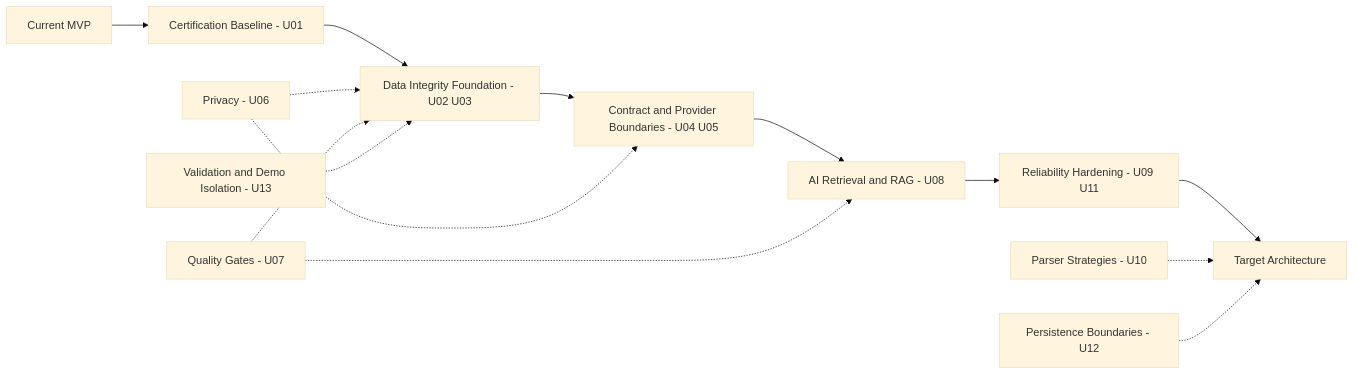
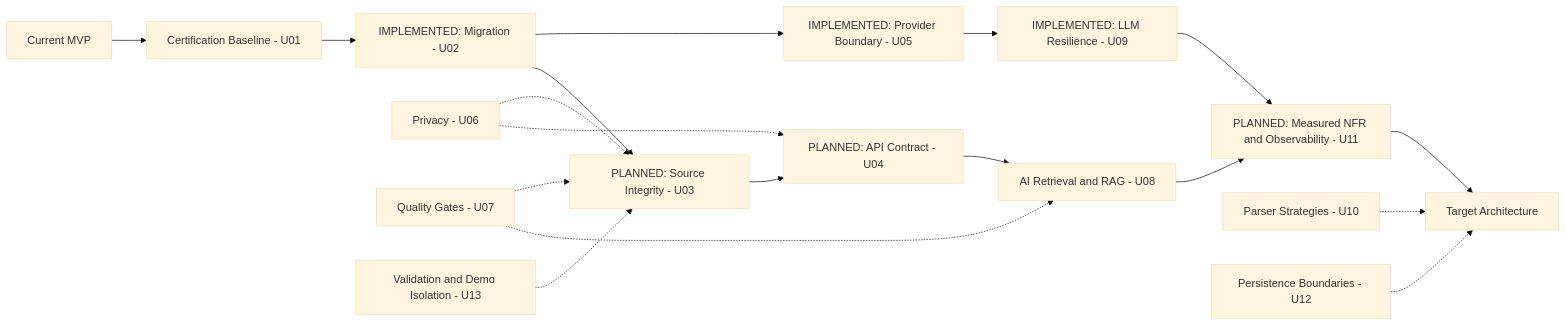
Before and after one commit to morshchagin-ivan/vk_social_radar: the diagram in docs/certification/ARCHITECTURE_EVOLUTION.md, drawn with Mermaid (base theme). The commit also changed other lines of this file and 18 other files, not shown here.

Commit message:
feat(ai): add bounded LLM resilience

````diff
--- a/docs/certification/ARCHITECTURE_EVOLUTION.md
+++ b/docs/certification/ARCHITECTURE_EVOLUTION.md
@@ -5,16 +5,20 @@
 ```mermaid
 flowchart LR
   MVP["Current MVP"] --> Baseline["Certification Baseline - U01"]
-  Baseline --> Data["Data Integrity Foundation - U02 U03"]
-  Data --> Boundaries["Contract and Provider Boundaries - U04 U05"]
+  Baseline --> Migration["IMPLEMENTED: Migration - U02"]
+  Migration --> Provider["IMPLEMENTED: Provider Boundary - U05"]
+  Provider --> Resilience["IMPLEMENTED: LLM Resilience - U09"]
+  Migration --> Data["PLANNED: Source Integrity - U03"]
+  Data --> Boundaries["PLANNED: API Contract - U04"]
   Boundaries --> RAG["AI Retrieval and RAG - U08"]
-  RAG --> Reliability["Reliability Hardening - U09 U11"]
+  RAG --> Reliability["PLANNED: Measured NFR and Observability - U11"]
+  Resilience --> Reliability
   Reliability --> Target["Target Architecture"]
   Privacy["Privacy - U06"] -.-> Data
   Privacy -.-> Boundaries
   Quality["Quality Gates - U07"] -.-> Data
   Quality -.-> RAG
   Parsers["Parser Strategies - U10"] -.-> Target
   Persistence["Persistence Boundaries - U12"] -.-> Target
   Validation["Validation and Demo Isolation - U13"] -.-> Data
 ```
````
